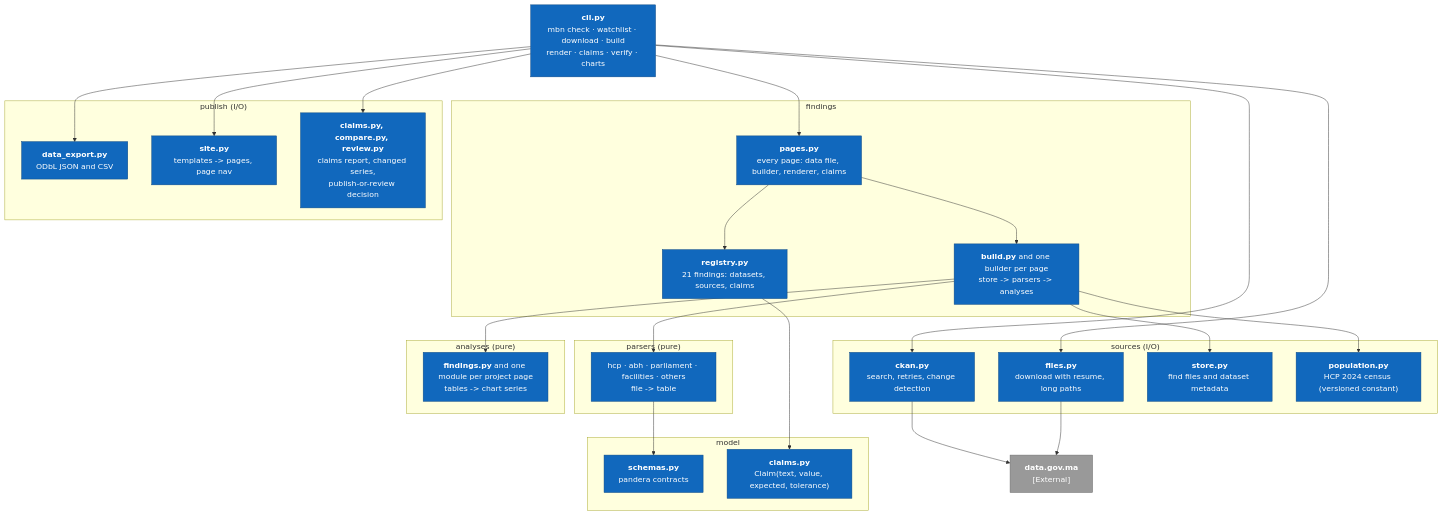
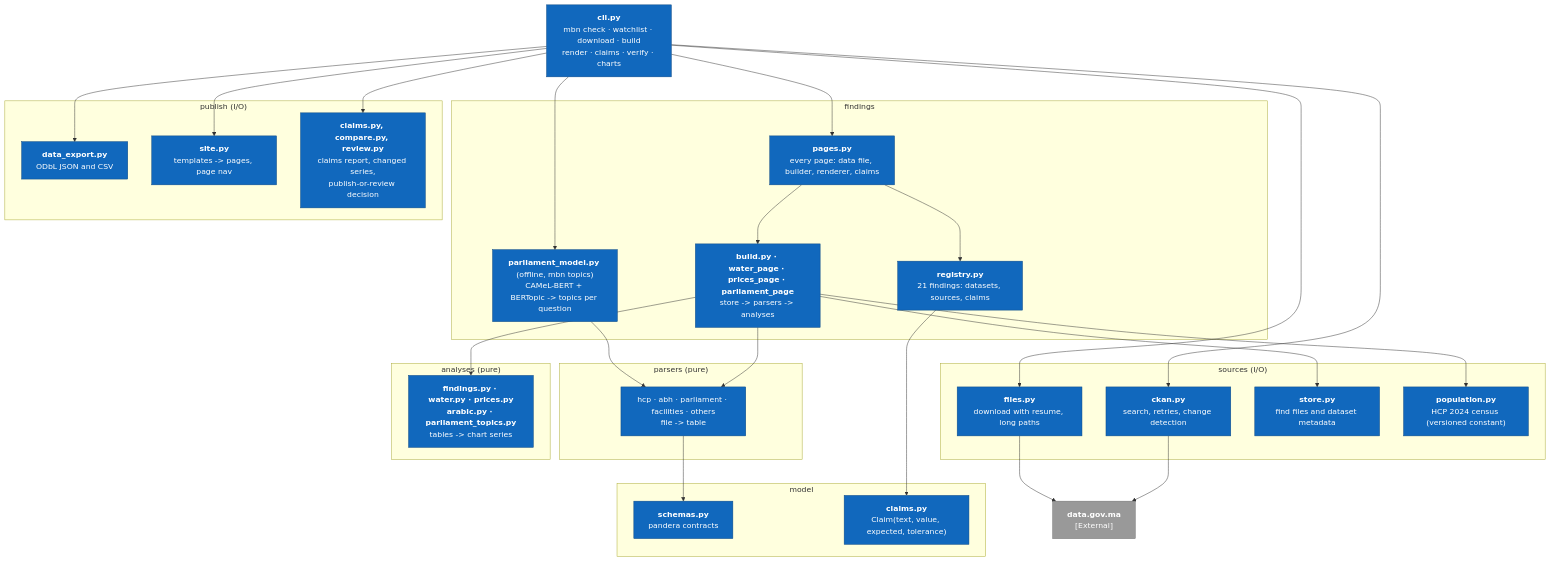
Before and after one commit to titiabdelghafour8-lab/morocco-by-the-numbers: the third of 5 diagrams in docs/ARCHITECTURE.md, drawn with Mermaid. The commit also changed other lines of this file and 26 other files, not shown here.

````diff
--- a/docs/ARCHITECTURE.md
+++ b/docs/ARCHITECTURE.md
@@ -84,54 +84,57 @@
 ```mermaid
 flowchart TB
     portal["<b>data.gov.ma</b><br/>[External]"]
     cli["<b>cli.py</b><br/>mbn check · watchlist · download · build<br/>render · claims · verify · charts"]
 
     subgraph sources["sources (I/O)"]
         ckan["<b>ckan.py</b><br/>search, retries, change detection"]
         files["<b>files.py</b><br/>download with resume, long paths"]
         store["<b>store.py</b><br/>find files and dataset metadata"]
         pop["<b>population.py</b><br/>HCP 2024 census (versioned constant)"]
     end
     subgraph parsers["parsers (pure)"]
         prs["hcp · abh · parliament · facilities · others<br/>file -> table"]
     end
     subgraph model["model"]
         schemas["<b>schemas.py</b><br/>pandera contracts"]
         claimm["<b>claims.py</b><br/>Claim(text, value, expected, tolerance)"]
     end
     subgraph analyses["analyses (pure)"]
-        an["<b>findings.py</b> and one module per project page<br/>tables -> chart series"]
+        an["<b>findings.py · water.py · prices.py<br/>arabic.py · parliament_topics.py</b><br/>tables -> chart series"]
     end
     subgraph findings["findings"]
         reg["<b>registry.py</b><br/>21 findings: datasets, sources, claims"]
         pagesm["<b>pages.py</b><br/>every page: data file, builder, renderer, claims"]
-        build["<b>build.py</b> and one builder per page<br/>store -> parsers -> analyses"]
+        build["<b>build.py · water_page · prices_page · parliament_page</b><br/>store -> parsers -> analyses"]
+        topicm["<b>parliament_model.py</b> (offline, mbn topics)<br/>CAMeL-BERT + BERTopic -> topics per question"]
     end
     subgraph publish["publish (I/O)"]
         export["<b>data_export.py</b><br/>ODbL JSON and CSV"]
         site["<b>site.py</b><br/>templates -> pages, page nav"]
         claims["<b>claims.py, compare.py, review.py</b><br/>claims report, changed series,<br/>publish-or-review decision"]
     end
 
     cli --> pagesm
     cli --> ckan
     cli --> files
     ckan --> portal
     files --> portal
     pagesm --> build
     pagesm --> reg
     build --> store
     build --> prs
     build --> an
     build --> pop
+    cli --> topicm
+    topicm --> prs
     prs --> schemas
     reg --> claimm
     cli --> export
     cli --> site
     cli --> claims
 
     classDef internal fill:#1168bd,stroke:#0b4884,color:#fff
     classDef external fill:#999,stroke:#6b6b6b,color:#fff
-    class cli,ckan,files,store,pop,prs,schemas,claimm,an,reg,pagesm,build,export,site,claims internal
+    class cli,ckan,files,store,pop,prs,schemas,claimm,an,reg,pagesm,build,topicm,export,site,claims internal
     class portal external
 ```
````
